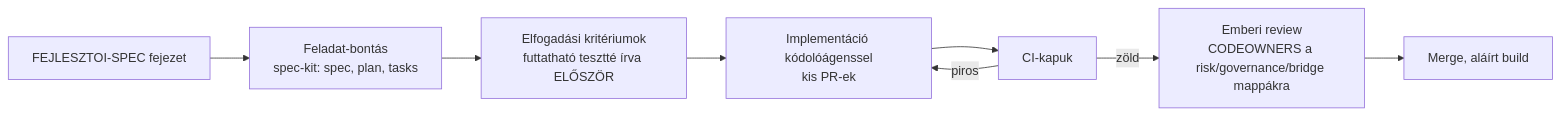
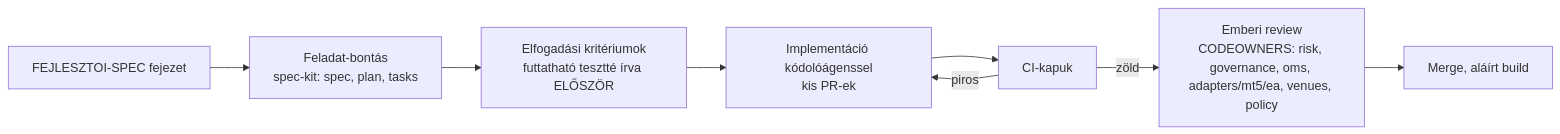
One commit to scspg/Personal changed the eighth of 10 diagrams in algotrading-archivum/FEJLESZTOI-SPEC.md. Above: the diagram before and after it, drawn with Mermaid. The commit also changed other lines of this file and 20 other files, not shown here.

````diff
--- a/algotrading-archivum/FEJLESZTOI-SPEC.md
+++ b/algotrading-archivum/FEJLESZTOI-SPEC.md
@@ -612,10 +1733,10 @@
 ```mermaid
 flowchart LR
   S[FEJLESZTOI-SPEC fejezet] --> T[Feladat-bontás<br/>spec-kit: spec, plan, tasks]
   T --> AC[Elfogadási kritériumok<br/>futtatható tesztté írva ELŐSZÖR]
   AC --> IMP[Implementáció kódolóágenssel<br/>kis PR-ek]
   IMP --> CI[CI-kapuk]
-  CI -->|zöld| REV[Emberi review<br/>CODEOWNERS a risk/governance/bridge mappákra]
+  CI -->|zöld| REV[Emberi review<br/>CODEOWNERS: risk, governance, oms, adapters/mt5/ea, venues, policy]
   REV --> MERGE[Merge, aláírt build]
   CI -->|piros| IMP
 ```
````
